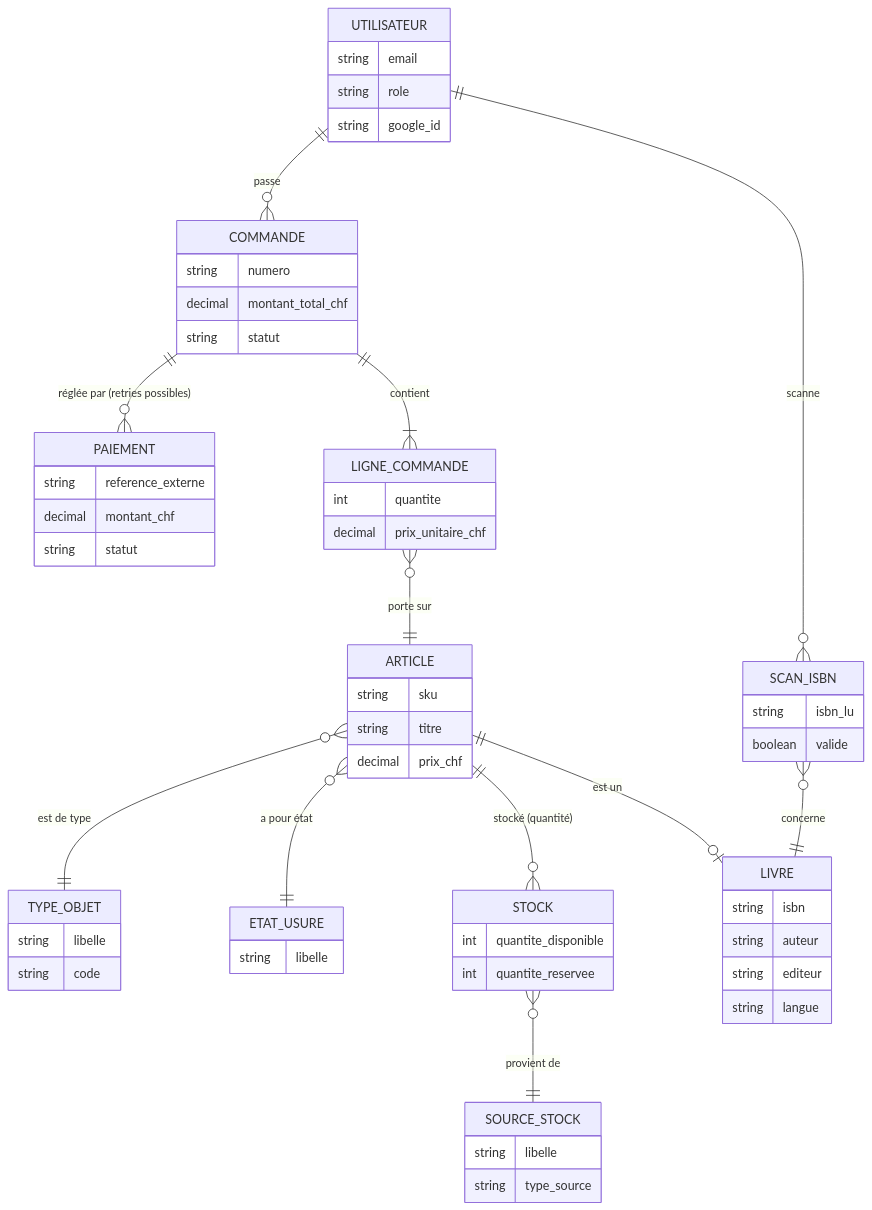
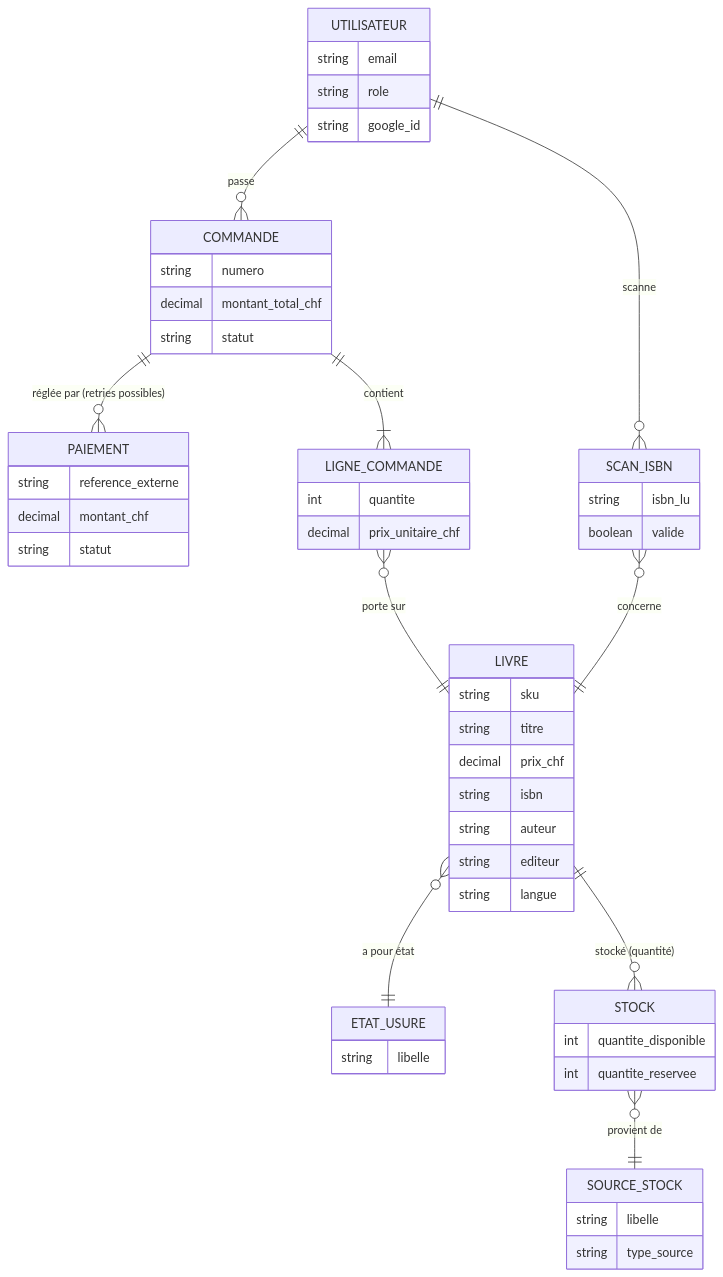
One commit to Visualstudiocodetest/caribooks changed the diagram in diagrams/mcd.mmd. Above: the diagram before and after it, drawn with Mermaid. The commit also changed 59 other files, not shown here.

```diff
--- a/diagrams/mcd.mmd
+++ b/diagrams/mcd.mmd
@@ -1,25 +1,21 @@
 %% Modèle Conceptuel de Données (MCD) — CARIBOOKS
 erDiagram
-    ARTICLE }o--|| TYPE_OBJET : "est de type"
-    ARTICLE }o--|| ETAT_USURE : "a pour état"
-    ARTICLE ||--o{ STOCK : "stocké (quantité)"
+    LIVRE }o--|| ETAT_USURE : "a pour état"
+    LIVRE ||--o{ STOCK : "stocké (quantité)"
     STOCK }o--|| SOURCE_STOCK : "provient de"
-    ARTICLE ||--o| LIVRE : "est un"
     UTILISATEUR ||--o{ COMMANDE : "passe"
     COMMANDE ||--o{ PAIEMENT : "réglée par (retries possibles)"
     COMMANDE ||--|{ LIGNE_COMMANDE : "contient"
-    LIGNE_COMMANDE }o--|| ARTICLE : "porte sur"
+    LIGNE_COMMANDE }o--|| LIVRE : "porte sur"
     UTILISATEUR ||--o{ SCAN_ISBN : "scanne"
     SCAN_ISBN }o--|| LIVRE : "concerne"
 
-    TYPE_OBJET { string libelle string code }
     ETAT_USURE { string libelle }
     SOURCE_STOCK { string libelle string type_source }
-    ARTICLE { string sku string titre decimal prix_chf }
-    LIVRE { string isbn string auteur string editeur string langue }
+    LIVRE { string sku string titre decimal prix_chf string isbn string auteur string editeur string langue }
     STOCK { int quantite_disponible int quantite_reservee }
     UTILISATEUR { string email string role string google_id }
     COMMANDE { string numero decimal montant_total_chf string statut }
     LIGNE_COMMANDE { int quantite decimal prix_unitaire_chf }
     PAIEMENT { string reference_externe decimal montant_chf string statut }
     SCAN_ISBN { string isbn_lu boolean valide }
```
